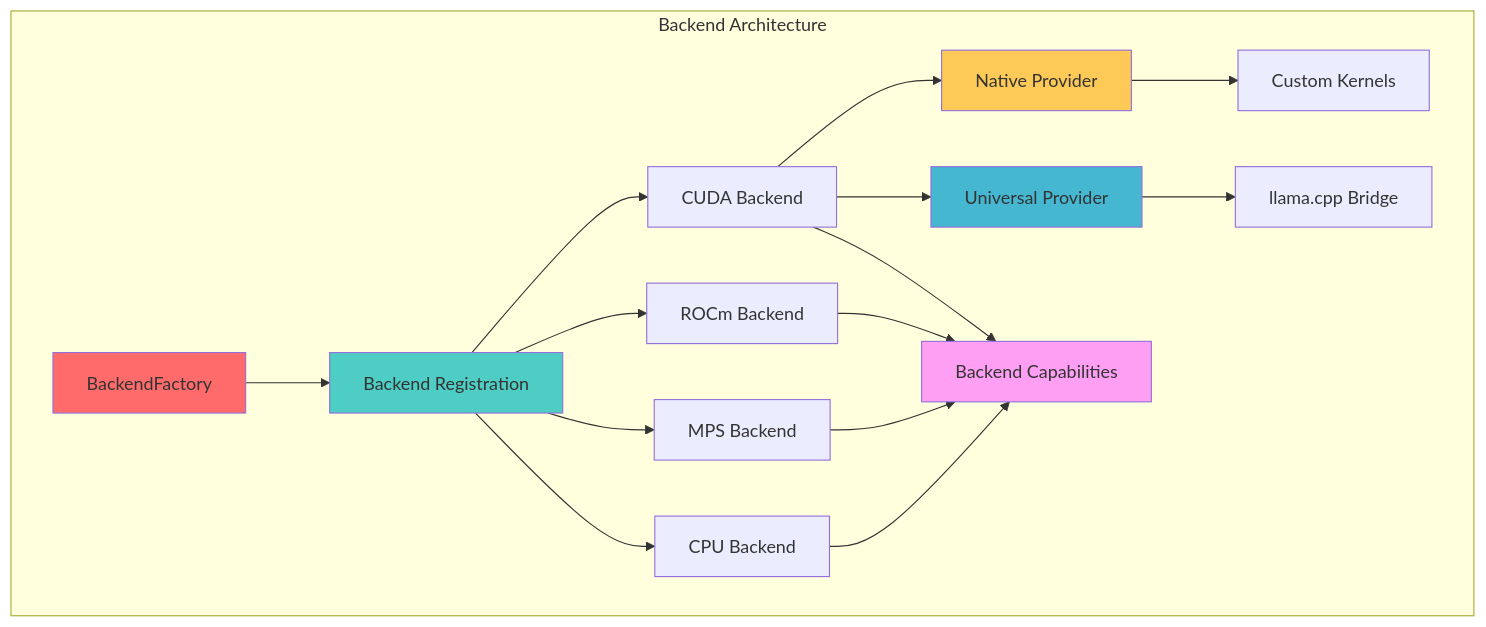
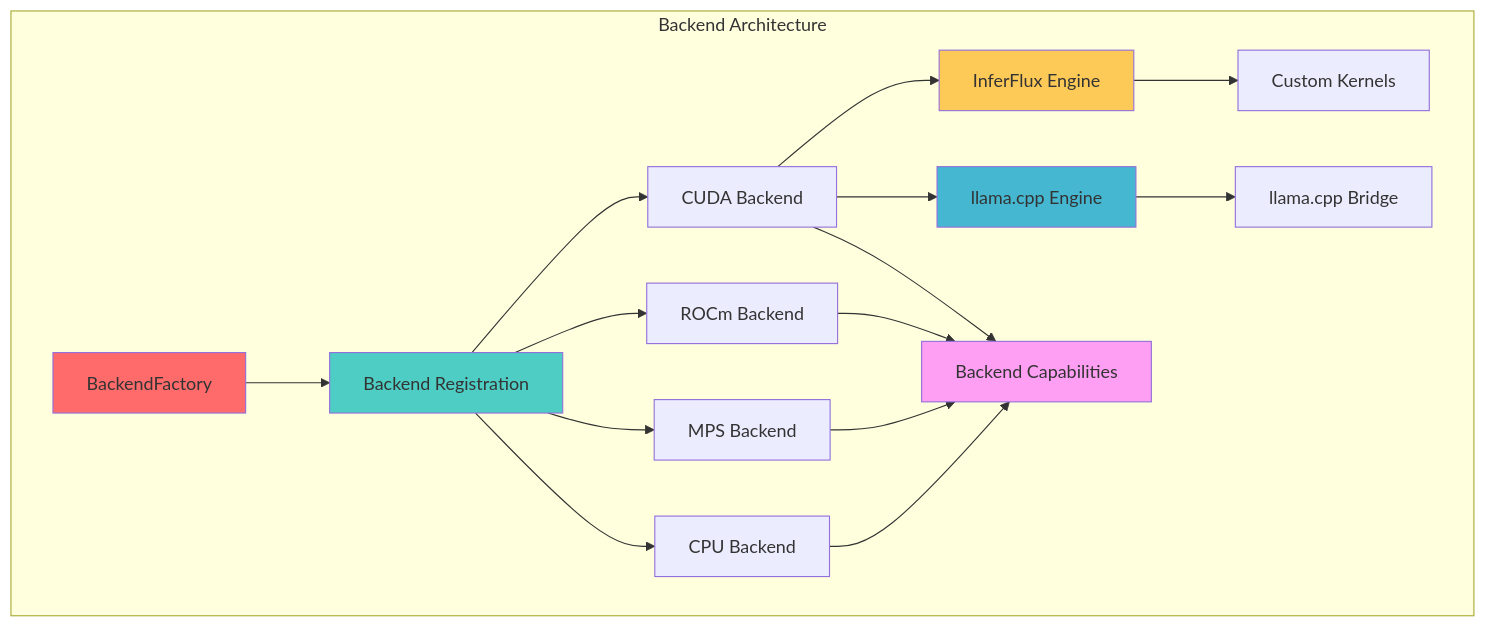
Before and after one commit to vjsingh1984/inferflux: the first of 7 diagrams in docs/BACKEND_DEVELOPMENT.md, drawn with Mermaid. The commit also changed other lines of this file and 98 other files, not shown here.

````diff
--- a/docs/BACKEND_DEVELOPMENT.md
+++ b/docs/BACKEND_DEVELOPMENT.md
@@ -7,27 +7,27 @@
 ```mermaid
 graph TB
     subgraph "Backend Architecture"
         A[BackendFactory] --> B[Backend Registration]
         B --> C1[CUDA Backend]
         B --> C2[ROCm Backend]
         B --> C3[MPS Backend]
         B --> C4[CPU Backend]
 
-        C1 --> D1[Native Provider]
-        C1 --> D2[Universal Provider]
+        C1 --> D1[InferFlux Engine]
+        C1 --> D2[llama.cpp Engine]
 
         D1 --> E1[Custom Kernels]
         D2 --> E2[llama.cpp Bridge]
 
         C1 --> F[Backend Capabilities]
         C2 --> F
         C3 --> F
         C4 --> F
     end
 
     style A fill:#ff6b6b
     style B fill:#4ecdc4
     style D1 fill:#feca57
     style D2 fill:#45b7d1
     style F fill:#ff9ff3
 ```
````
